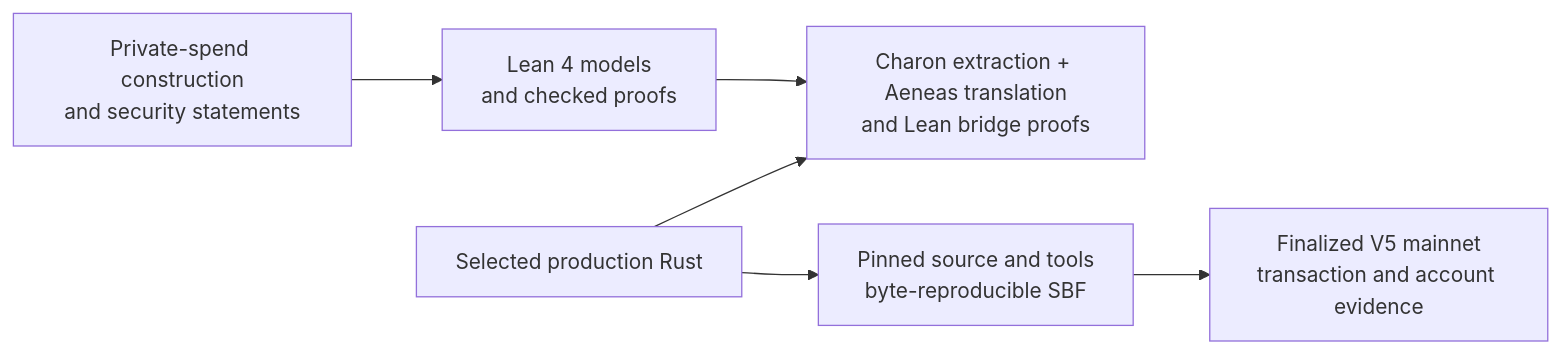
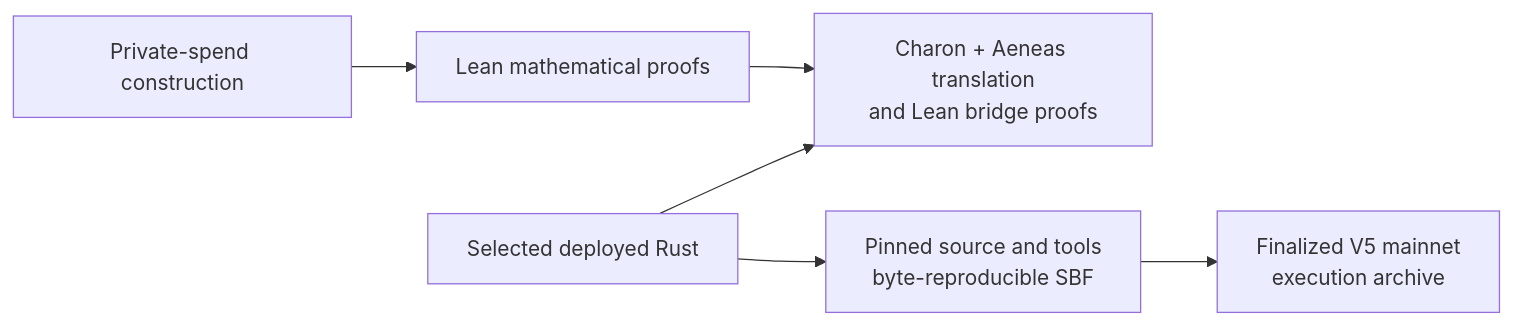
One commit to DJBarker87/aspis changed the diagram in README.md. Above: the diagram before and after it, drawn with Mermaid. The commit also changed other lines of this file and 32 other files, not shown here.

````diff
--- a/README.md
+++ b/README.md
@@ -18,15 +56,15 @@
 ```mermaid
 flowchart LR
-    D["Private-spend construction<br/>and security statements"]
-    L["Lean 4 models<br/>and checked proofs"]
-    R["Selected production Rust"]
-    A["Charon extraction + Aeneas translation<br/>and Lean bridge proofs"]
+    M["Private-spend construction"]
+    L["Lean mathematical proofs"]
+    R["Selected deployed Rust"]
+    A["Charon + Aeneas translation<br/>and Lean bridge proofs"]
     B["Pinned source and tools<br/>byte-reproducible SBF"]
-    X["Finalized V5 mainnet<br/>transaction and account evidence"]
+    X["Finalized V5 mainnet<br/>execution archive"]
 
-    D --> L
+    M --> L
     L --> A
     R --> A
     R --> B
     B --> X
 ```
````
